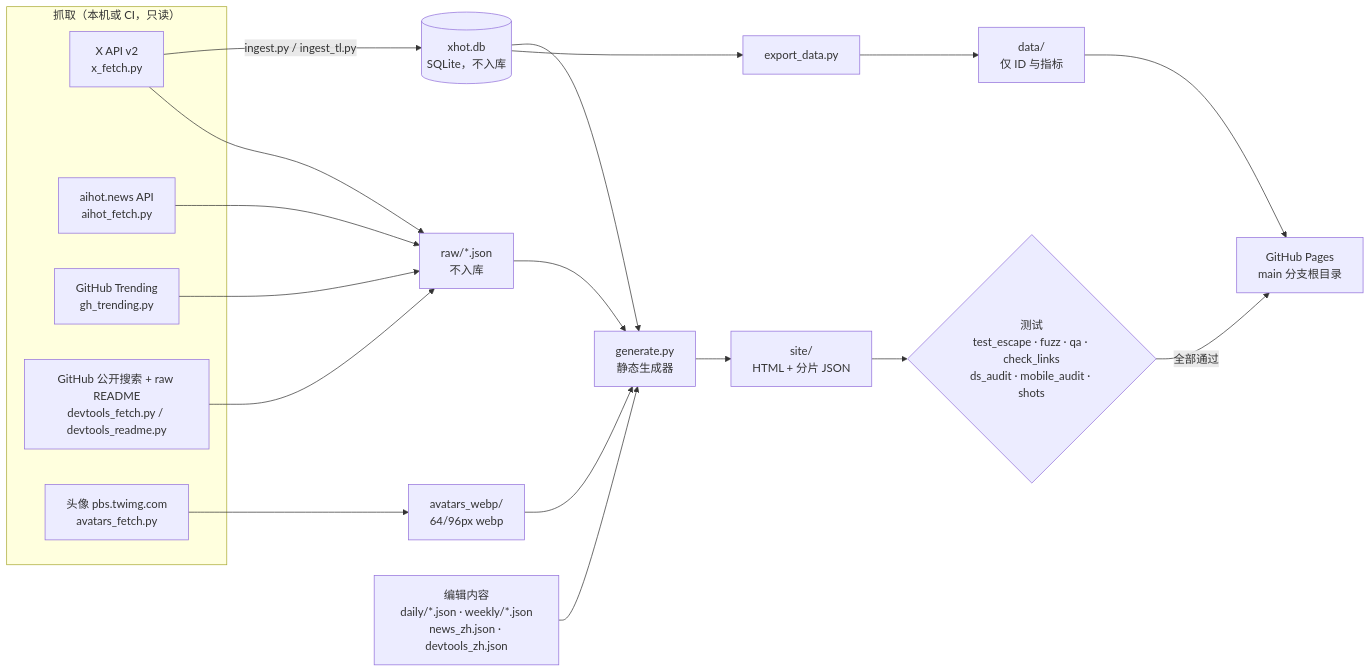
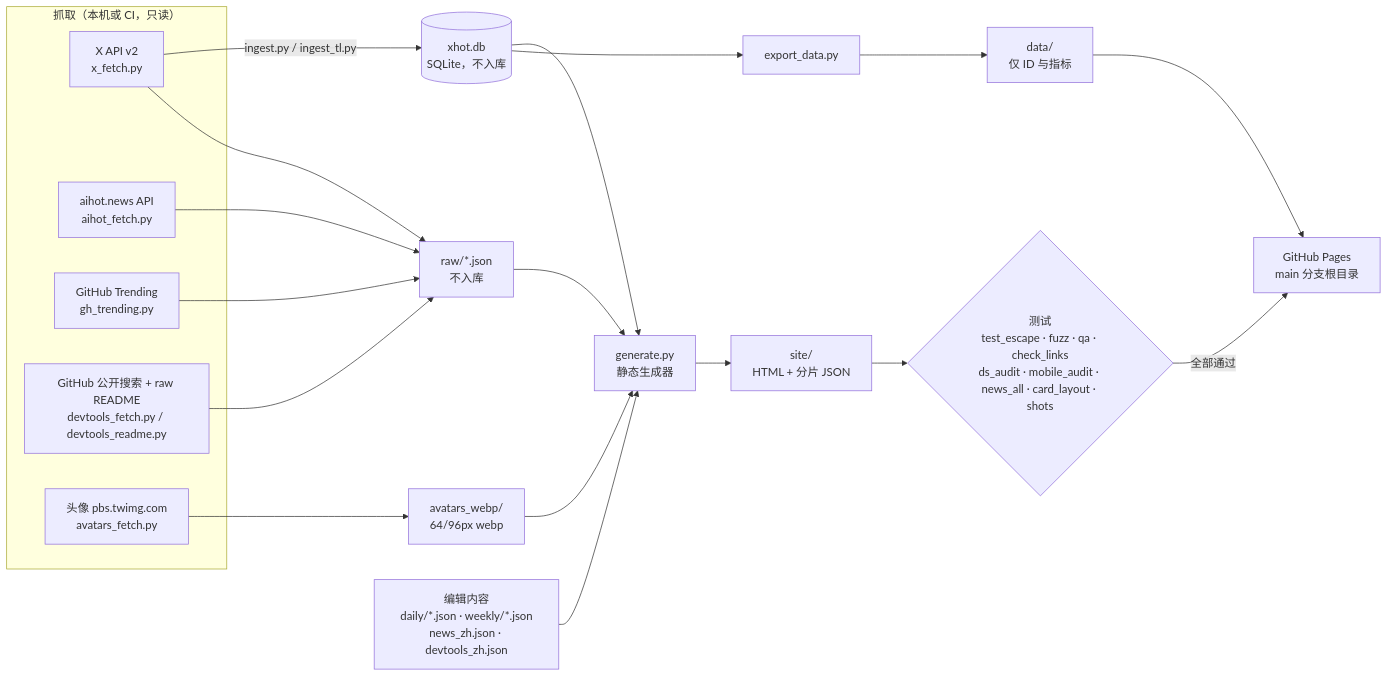
Before and after one commit to 88daxiong/xhot: the diagram in README.md, drawn with Mermaid. The commit also changed other lines of this file and 2 other files, not shown here.

````diff
--- a/README.md
+++ b/README.md
@@ -40,24 +41,24 @@
 ```mermaid
 flowchart LR
   subgraph 抓取["抓取（本机或 CI，只读）"]
     X["X API v2<br/>x_fetch.py"]
     AH["aihot.news API<br/>aihot_fetch.py"]
     GT["GitHub Trending<br/>gh_trending.py"]
     GS["GitHub 公开搜索 + raw README<br/>devtools_fetch.py / devtools_readme.py"]
     AV["头像 pbs.twimg.com<br/>avatars_fetch.py"]
   end
   X -->|ingest.py / ingest_tl.py| DB[("xhot.db<br/>SQLite，不入库")]
   X --> RAW["raw/*.json<br/>不入库"]
   AH --> RAW
   GT --> RAW
   GS --> RAW
   AV --> WEBP["avatars_webp/<br/>64/96px webp"]
   ED["编辑内容<br/>daily/*.json · weekly/*.json<br/>news_zh.json · devtools_zh.json"] --> GEN
   DB --> GEN["generate.py<br/>静态生成器"]
   RAW --> GEN
   WEBP --> GEN
   GEN --> SITE["site/<br/>HTML + 分片 JSON"]
-  SITE --> T{"测试<br/>test_escape · fuzz · qa · check_links<br/>ds_audit · mobile_audit · shots"}
+  SITE --> T{"测试<br/>test_escape · fuzz · qa · check_links<br/>ds_audit · mobile_audit · news_all · card_layout · shots"}
   T -->|全部通过| PUB["GitHub Pages<br/>main 分支根目录"]
   DB --> EXP["export_data.py"] --> DATA["data/<br/>仅 ID 与指标"] --> PUB
 ```
````
